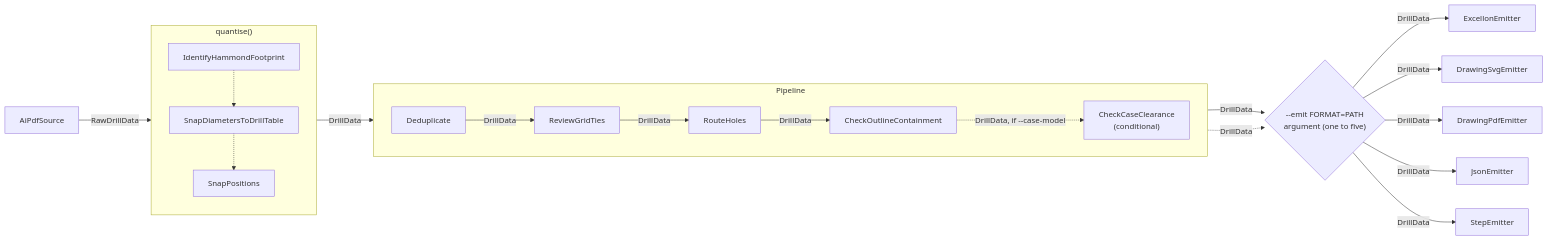
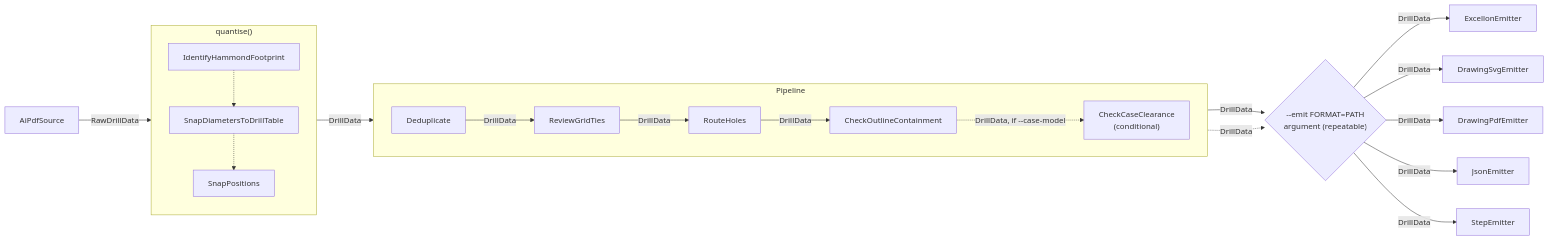
Before and after one commit to sheophe/stompcad: the diagram in docs/adr/0001-pipeline-and-emitter-adapters.md, drawn with Mermaid. The commit also changed other lines of this file and 1 other file, not shown here.

````diff
--- a/docs/adr/0001-pipeline-and-emitter-adapters.md
+++ b/docs/adr/0001-pipeline-and-emitter-adapters.md
@@ -83,43 +96,43 @@
 ```mermaid
 flowchart LR
     source["AiPdfSource"]
 
     subgraph quantise["quantise()"]
         direction TB
         footprint["IdentifyHammondFootprint"]
         snap_drill["SnapDiametersToDrillTable"]
         snap_position["SnapPositions"]
         footprint -.-> snap_drill
         snap_drill -.-> snap_position
     end
 
     subgraph pipeline["Pipeline"]
         direction LR
         dedupe["Deduplicate"]
         ties["ReviewGridTies"]
         route["RouteHoles"]
         contain["CheckOutlineContainment"]
         clearance["CheckCaseClearance<br/>(conditional)"]
         dedupe -->|DrillData| ties
         ties -->|DrillData| route
         route -->|DrillData| contain
         contain -.->|DrillData, if --case-model| clearance
     end
 
     excellon["ExcellonEmitter"]
     drawing["DrawingSvgEmitter"]
     drawing_pdf["DrawingPdfEmitter"]
     json["JsonEmitter"]
     step["StepEmitter"]
-    selected{"--emit FORMAT=PATH<br/>argument (one to five)"}
+    selected{"--emit FORMAT=PATH<br/>argument (repeatable)"}
 
     source -->|RawDrillData| quantise
     quantise -->|DrillData| dedupe
     contain -->|DrillData| selected
     clearance -.->|DrillData| selected
     selected -->|DrillData| excellon
     selected -->|DrillData| drawing
     selected -->|DrillData| drawing_pdf
     selected -->|DrillData| json
     selected -->|DrillData| step
 ```
````
